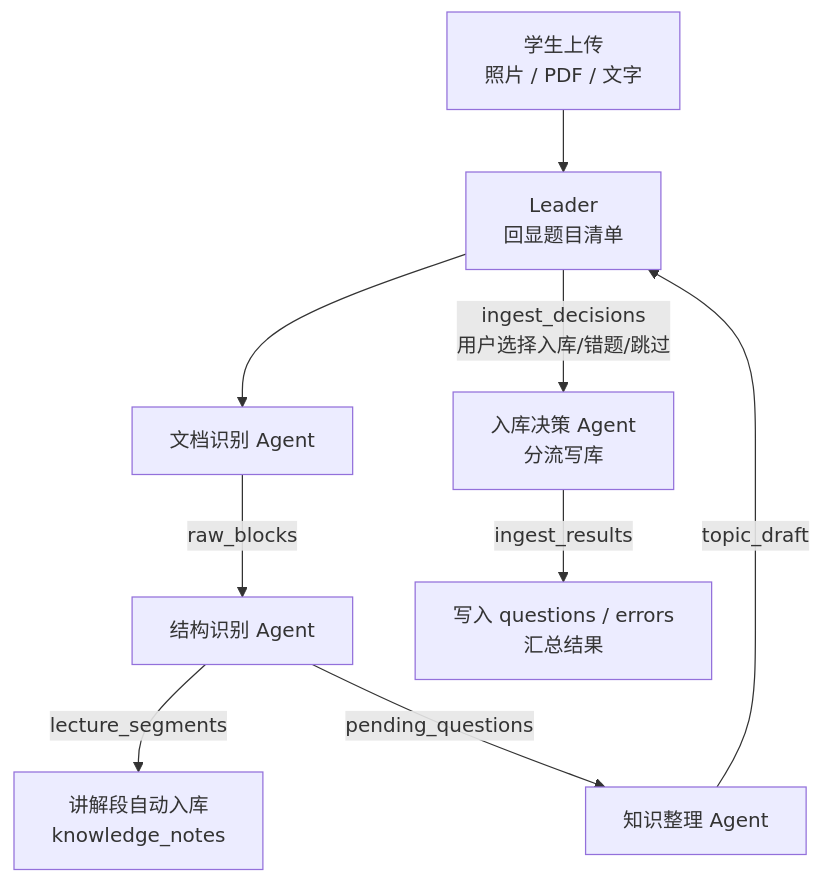
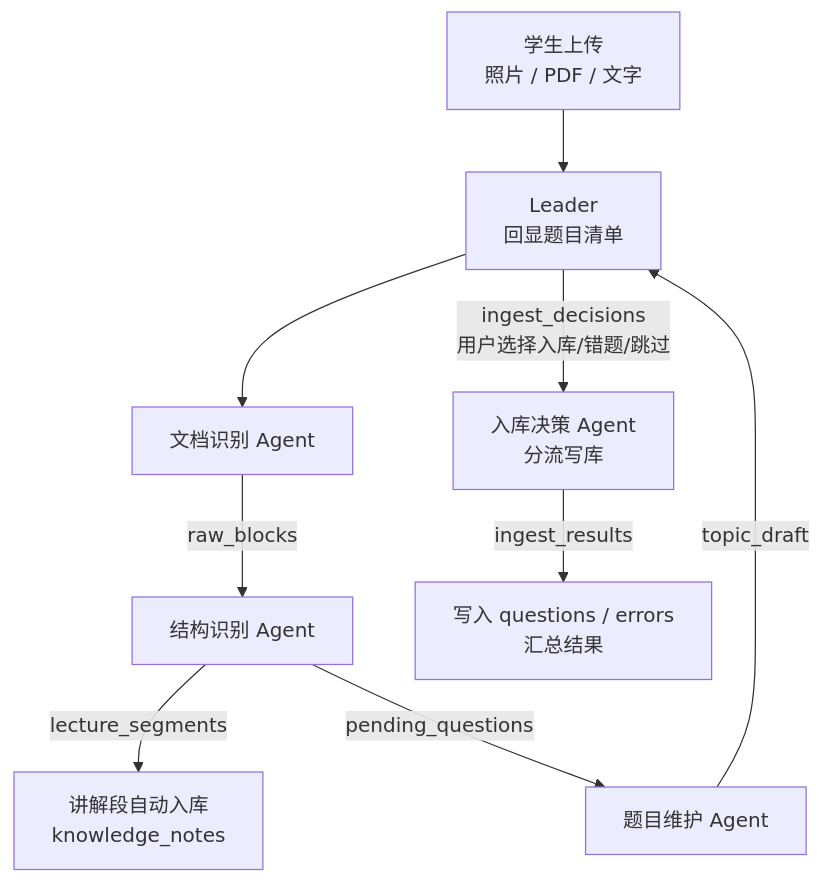
Before and after one commit to ttzc/gaokao_rag: the third of 3 diagrams in docs/agent/README.md, drawn with Mermaid. The commit also changed other lines of this file and 24 other files, not shown here.

````diff
--- a/docs/agent/README.md
+++ b/docs/agent/README.md
@@ -146,11 +148,11 @@
 ```mermaid
 flowchart TD
     U[学生上传<br/>照片 / PDF / 文字] --> L[Team Leader<br/>ingest 意图]
     L --> R[文档识别 Agent]
     R -->|raw_blocks| S[结构识别 Agent]
     S -->|lecture_segments| KN[讲解段自动入库<br/>knowledge_notes]
-    S -->|pending_questions| K[知识整理 Agent]
+    S -->|pending_questions| K[题目维护 Agent]
     K -->|topic_draft| L[Leader<br/>回显题目清单]
     L -->|ingest_decisions<br/>用户选择入库/错题/跳过| D[入库决策 Agent<br/>分流写库]
     D -->|ingest_results| OUT[写入 questions / errors<br/>汇总结果]
 ```
````
